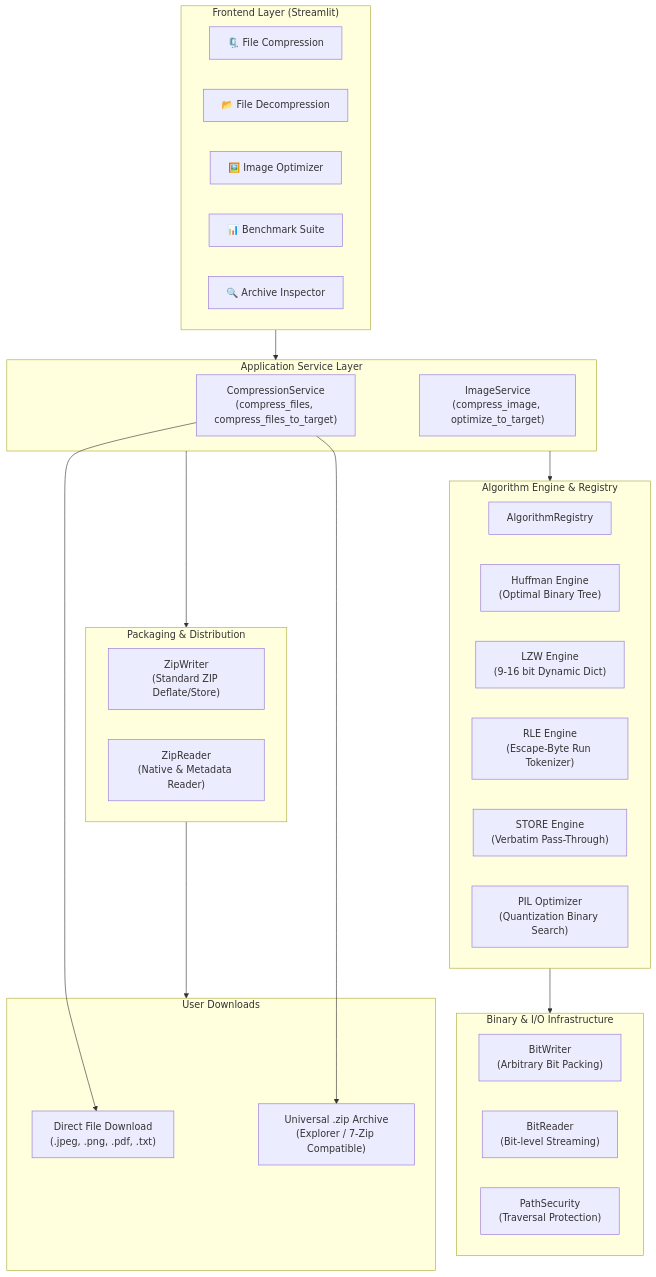
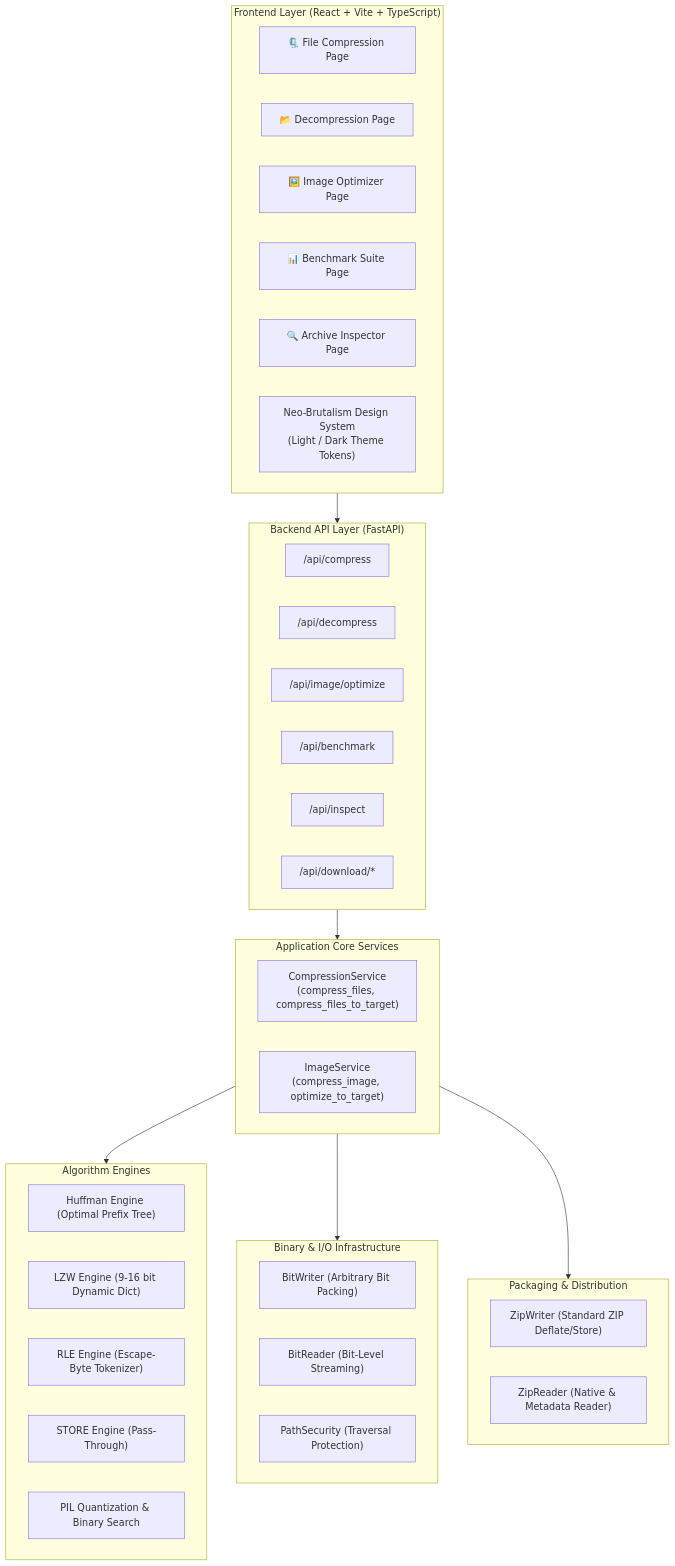
One commit to SakethramSathish/ZipForge changed the diagram in README.md. Above: the diagram before and after it, drawn with Mermaid. The commit also changed other lines of this file and 106 other files, not shown here.

````diff
--- a/README.md
+++ b/README.md
@@ -59,48 +64,50 @@
 ```mermaid
 graph TD
-    subgraph UI ["Frontend Layer (Streamlit)"]
-        Tab1["🗜️ File Compression"]
-        Tab2["📂 File Decompression"]
-        Tab3["🖼️ Image Optimizer"]
-        Tab4["📊 Benchmark Suite"]
-        Tab5["🔍 Archive Inspector"]
+    subgraph Frontend ["Frontend Layer (React + Vite + TypeScript)"]
+        UI1["🗜️ File Compression Page"]
+        UI2["📂 Decompression Page"]
+        UI3["🖼️ Image Optimizer Page"]
+        UI4["📊 Benchmark Suite Page"]
+        UI5["🔍 Archive Inspector Page"]
+        DS["Neo-Brutalism Design System<br/>(Light / Dark Theme Tokens)"]
     end
 
-    subgraph Service ["Application Service Layer"]
+    subgraph Backend ["Backend API Layer (FastAPI)"]
+        API1["/api/compress"]
+        API2["/api/decompress"]
+        API3["/api/image/optimize"]
+        API4["/api/benchmark"]
+        API5["/api/inspect"]
+        API6["/api/download/*"]
+    end
+
+    subgraph Service ["Application Core Services"]
         CS["CompressionService<br/>(compress_files, compress_files_to_target)"]
         IS["ImageService<br/>(compress_image, optimize_to_target)"]
     end
 
-    subgraph Registry ["Algorithm Engine & Registry"]
-        AR["AlgorithmRegistry"]
-        HUF["Huffman Engine<br/>(Optimal Binary Tree)"]
-        LZW["LZW Engine<br/>(9-16 bit Dynamic Dict)"]
-        RLE["RLE Engine<br/>(Escape-Byte Run Tokenizer)"]
-        STR["STORE Engine<br/>(Verbatim Pass-Through)"]
-        PIL["PIL Optimizer<br/>(Quantization Binary Search)"]
+    subgraph Registry ["Algorithm Engines"]
+        HUF["Huffman Engine (Optimal Prefix Tree)"]
+        LZW["LZW Engine (9-16 bit Dynamic Dict)"]
+        RLE["RLE Engine (Escape-Byte Tokenizer)"]
+        STR["STORE Engine (Pass-Through)"]
+        PIL["PIL Quantization & Binary Search"]
     end
 
     subgraph Binary ["Binary & I/O Infrastructure"]
-        BW["BitWriter<br/>(Arbitrary Bit Packing)"]
-        BR["BitReader<br/>(Bit-level Streaming)"]
-        SEC["PathSecurity<br/>(Traversal Protection)"]
+        BW["BitWriter (Arbitrary Bit Packing)"]
+        BR["BitReader (Bit-Level Streaming)"]
+        SEC["PathSecurity (Traversal Protection)"]
     end
 
     subgraph Archive ["Packaging & Distribution"]
-        ZW["ZipWriter<br/>(Standard ZIP Deflate/Store)"]
-        ZR["ZipReader<br/>(Native & Metadata Reader)"]
+        ZW["ZipWriter (Standard ZIP Deflate/Store)"]
+        ZR["ZipReader (Native & Metadata Reader)"]
     end
 
-    subgraph Output ["User Downloads"]
-        D1["Direct File Download<br/>(.jpeg, .png, .pdf, .txt)"]
-        D2["Universal .zip Archive<br/>(Explorer / 7-Zip Compatible)"]
-    end
-
-    UI --> Service
+    Frontend --> Backend
+    Backend --> Service
     Service --> Registry
-    Registry --> Binary
+    Service --> Binary
     Service --> Archive
-    Archive --> Output
-    CS --> D1
-    CS --> D2
 ```
````
